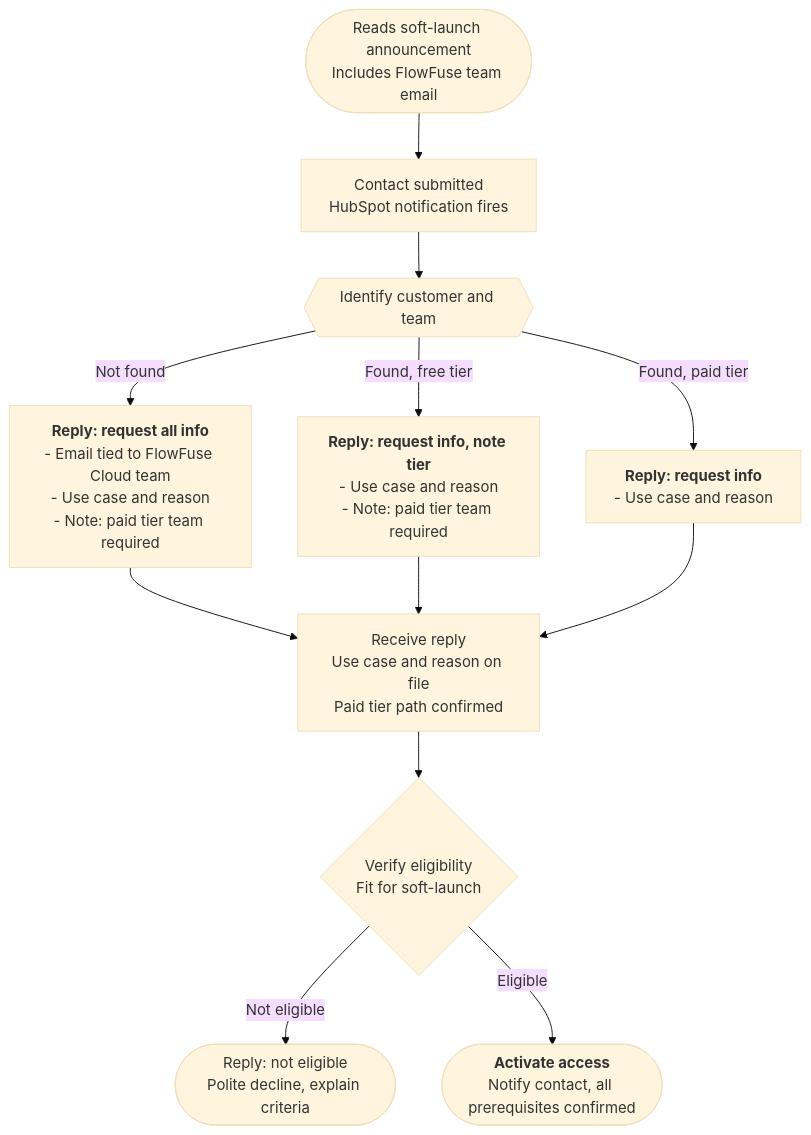
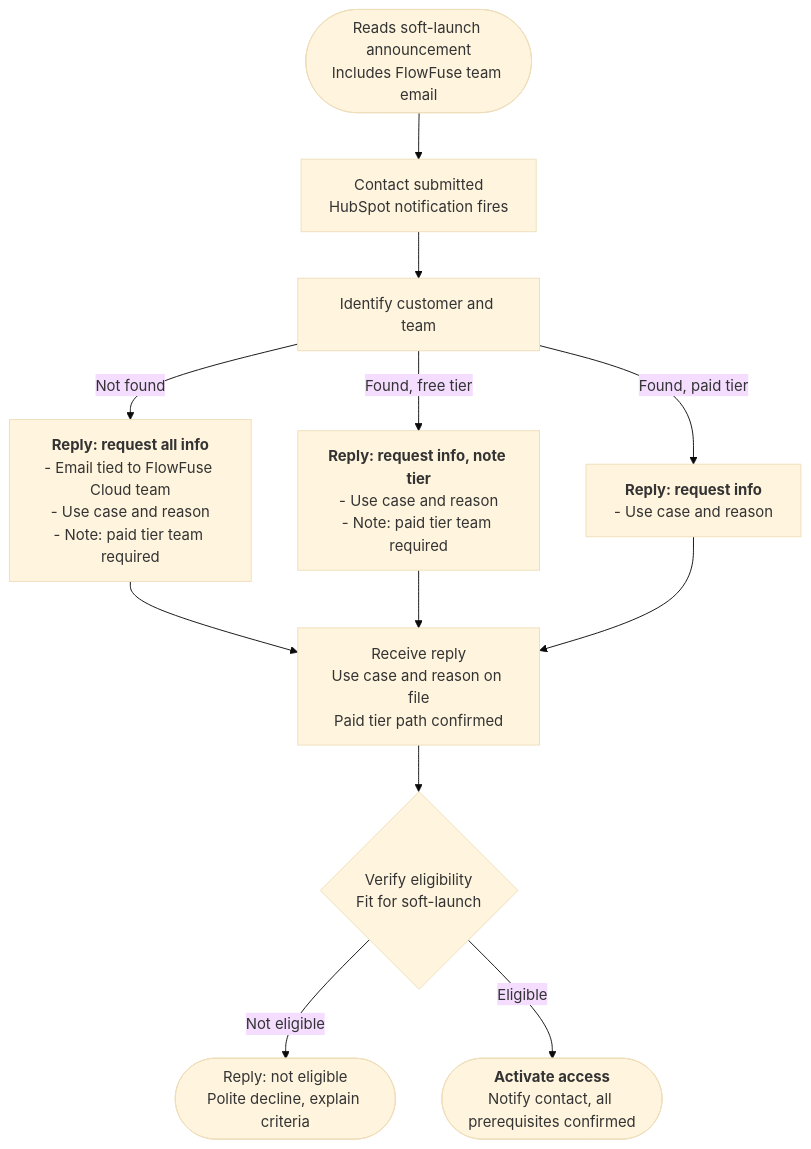
Before and after one commit to FlowFuse/website: the diagram in src/handbook/engineering/ops/expert-application-building-access.md, drawn with Mermaid (base theme). The commit also changed other lines of this file, not shown here.

Commit message:
handbook: wrap mermaid block in {% raw %} so Nunjucks leaves {{...}} alone
The hexagon node syntax {{...}} was being evaluated by Nunjucks as a
template expression before Mermaid ever saw it, producing an empty
diagram. Also change Identify to a plain rect so the diagram is
robust if the raw block is ever removed.

````diff
--- a/src/handbook/engineering/ops/expert-application-building-access.md
+++ b/src/handbook/engineering/ops/expert-application-building-access.md
@@ -13,27 +14,27 @@
 ```mermaid
 flowchart TD
     Start(["Reads soft-launch announcement<br />Includes FlowFuse team email"])
     Contact["Contact submitted<br />HubSpot notification fires"]
-    Identify{{"Identify customer and team"}}
+    Identify["Identify customer and team"]
 
     AskUnknown["<b>Reply: request all info</b><br />- Email tied to FlowFuse Cloud team<br />- Use case and reason<br />- Note: paid tier team required"]
     AskFree["<b>Reply: request info, note tier</b><br />- Use case and reason<br />- Note: paid tier team required"]
     AskPaid["<b>Reply: request info</b><br />- Use case and reason"]
 
     Receive["Receive reply<br />Use case and reason on file<br />Paid tier path confirmed"]
 
     Eligibility{"Verify eligibility<br />Fit for soft-launch"}
     Decline(["Reply: not eligible<br />Polite decline, explain criteria"])
     Activate(["<b>Activate access</b><br />Notify contact, all prerequisites confirmed"])
 
     Start --> Contact --> Identify
     Identify -- "Not found" --> AskUnknown
     Identify -- "Found, free tier" --> AskFree
     Identify -- "Found, paid tier" --> AskPaid
     AskUnknown --> Receive
     AskFree --> Receive
     AskPaid --> Receive
     Receive --> Eligibility
     Eligibility -- "Not eligible" --> Decline
     Eligibility -- "Eligible" --> Activate
 ```
````
